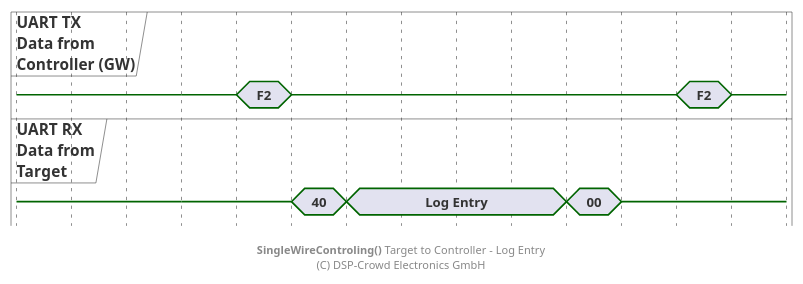
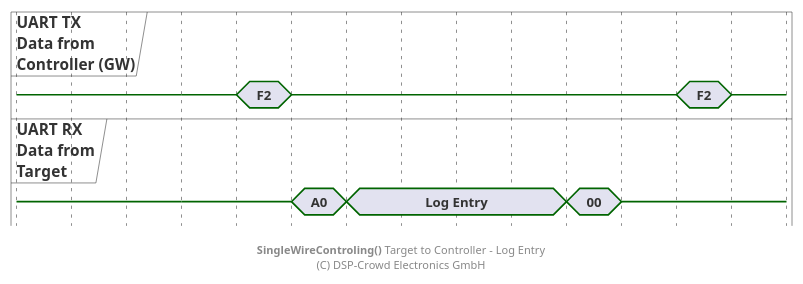
The diagram in doc/system/protocol/A1_swt-target-to-ctrl_log.pu (NoOrientationProgramming/code-orb), drawn with PlantUML before and after one commit. The commit also changed 11 other files, not shown here.

```diff
--- a/doc/system/protocol/A1_swt-target-to-ctrl_log.pu
+++ b/doc/system/protocol/A1_swt-target-to-ctrl_log.pu
@@ -2,40 +2,40 @@
 @startuml
 
 hide time-axis
 
 concise "UART TX\nData from\nController (GW)" as ctrl
 concise "UART RX\nData from\nTarget" as tar
 
 @0
 ctrl is {-}
 tar is {-}
 
 @+60
 ctrl is {-}
 tar is {-}
 
 @+20
 ctrl is "F2"
 
 @+20
 ctrl is {-}
-tar is "40"
+tar is "A0"
 
 @+20
 tar is "Log Entry"
 
 @+80
 tar is "00"
 
 @+20
 tar is {-}
 
 @+20
 ctrl is "F2"
 
 @+20
 ctrl is {-}
 
 footer **SingleWireControling()** Target to Controller - Log Entry\n(C) DSP-Crowd Electronics GmbH
 
 @enduml
```
